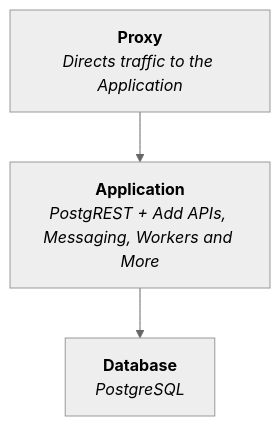
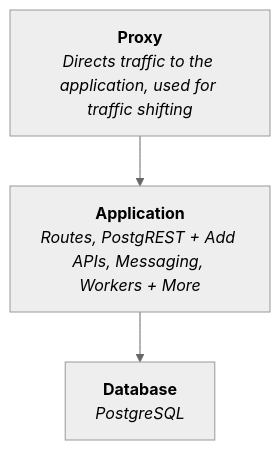
Before and after one commit to explodinglabs/superstack: the diagram in README.md, drawn with Mermaid (neutral theme).

Commit message:
Adjust readme

````diff
--- a/README.md
+++ b/README.md
@@ -15,6 +15,6 @@
 ```mermaid
 flowchart TD
-    Proxy["<b>Proxy</b><br><i>Directs traffic to the Application</i>"]
-    Proxy --> App["<b>Application</b><br><i>PostgREST + Add APIs, Messaging, Workers and More</i>"]
+    Proxy["<b>Proxy</b><br><i>Directs traffic to the application, used for traffic shifting</i>"]
+    Proxy --> App["<b>Application</b><br><i>Routes, PostgREST + Add APIs, Messaging, Workers + More</i>"]
     App --> Database["<b>Database</b><br><i>PostgreSQL</i>"]
 ```
````
